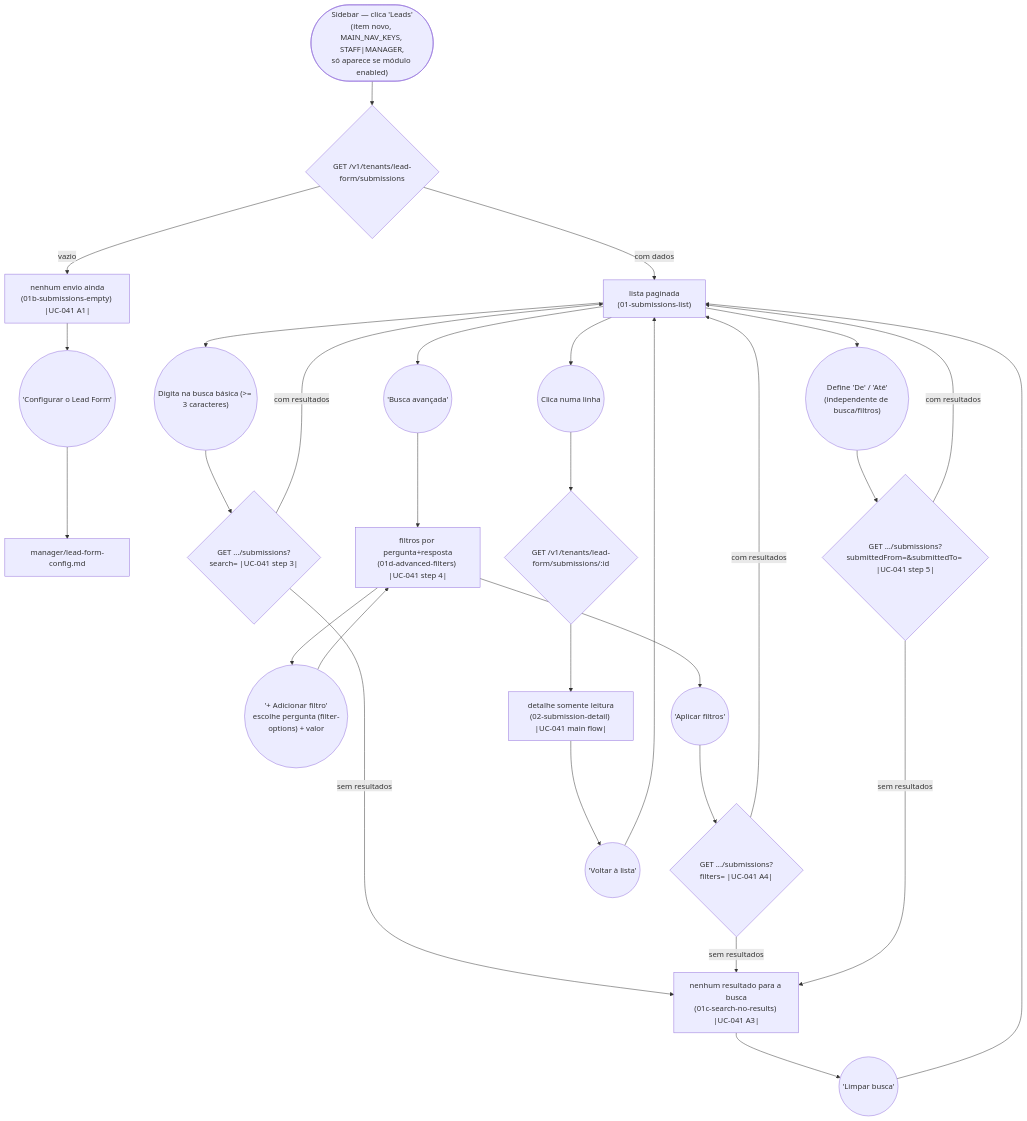
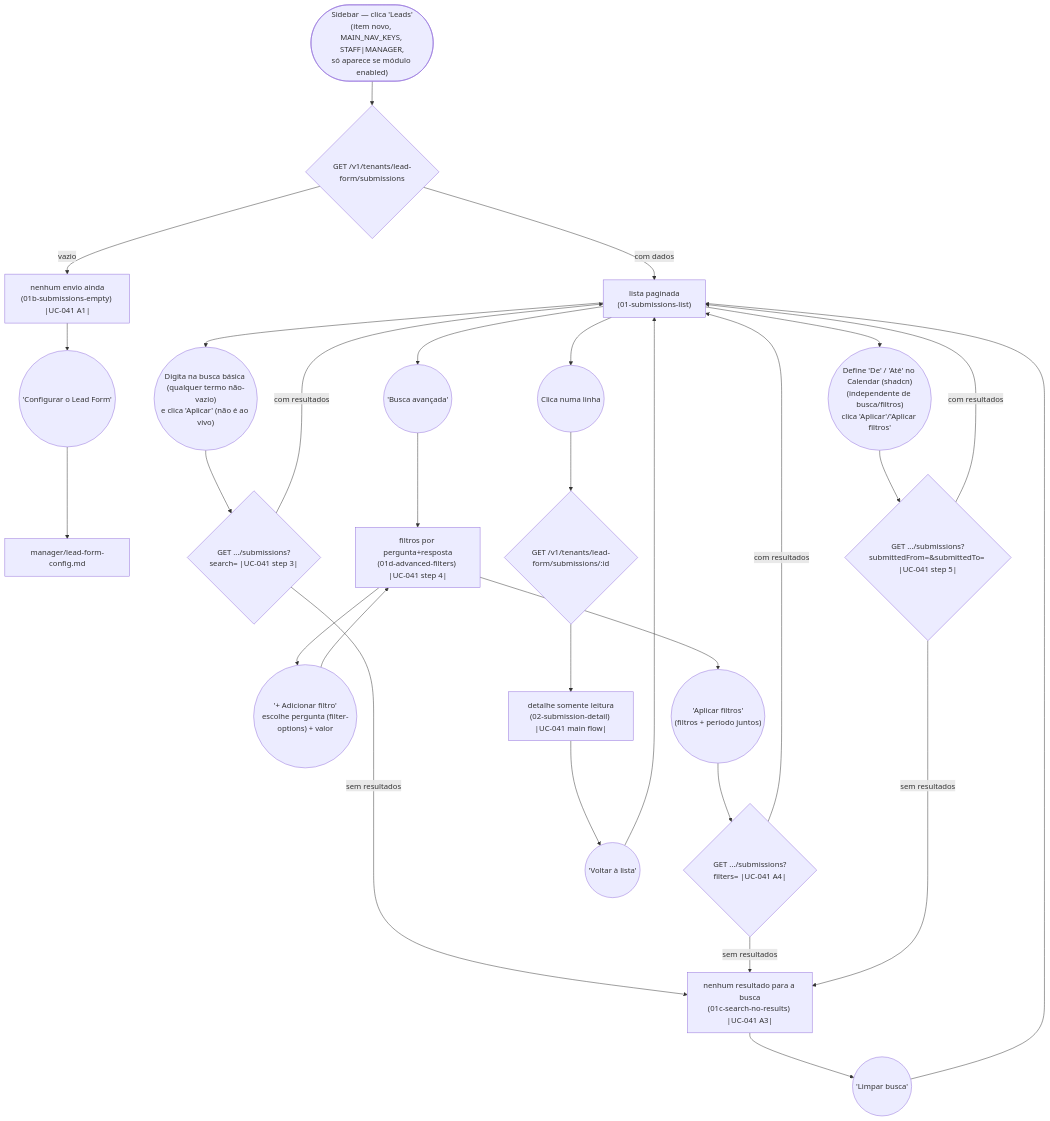
Before and after one commit to lmmoreira/ikaro: the diagram in plan/journey/manager/lead-form-submissions.md, drawn with Mermaid. The commit also changed other lines of this file and 36 other files, not shown here.

````diff
--- a/plan/journey/manager/lead-form-submissions.md
+++ b/plan/journey/manager/lead-form-submissions.md
@@ -12,36 +12,36 @@
 ```mermaid
 flowchart TD
     Start(["Sidebar — clica 'Leads'<br/>(item novo, MAIN_NAV_KEYS, STAFF|MANAGER,<br/>só aparece se módulo enabled)"]) --> List{"GET /v1/tenants/lead-form/submissions"}
     List -- "vazio" --> Empty["nenhum envio ainda<br/>(01b-submissions-empty) |UC-041 A1|"]
     List -- "com dados" --> Submissions["lista paginada<br/>(01-submissions-list)"]
 
     Empty --> ToConfig(("'Configurar o Lead Form'"))
     ToConfig --> ConfigJourney["manager/lead-form-config.md"]
 
-    Submissions --> TypeSearch(("Digita na busca básica (>= 3 caracteres)"))
+    Submissions --> TypeSearch(("Digita na busca básica (qualquer termo não-vazio)<br/>e clica 'Aplicar' (não é ao vivo)"))
     TypeSearch --> SearchQuery{"GET .../submissions?search= |UC-041 step 3|"}
     SearchQuery -- "sem resultados" --> NoResults["nenhum resultado para a busca<br/>(01c-search-no-results) |UC-041 A3|"]
     SearchQuery -- "com resultados" --> Submissions
     NoResults --> ClearSearch(("'Limpar busca'"))
     ClearSearch --> Submissions
 
     Submissions --> OpenAdvanced(("'Busca avançada'"))
     OpenAdvanced --> Advanced["filtros por pergunta+resposta<br/>(01d-advanced-filters) |UC-041 step 4|"]
     Advanced --> AddFilterRow(("'+ Adicionar filtro'<br/>escolhe pergunta (filter-options) + valor"))
     AddFilterRow --> Advanced
-    Advanced --> ApplyFilters(("'Aplicar filtros'"))
+    Advanced --> ApplyFilters(("'Aplicar filtros'<br/>(filtros + período juntos)"))
     ApplyFilters --> FiltersQuery{"GET .../submissions?filters= |UC-041 A4|"}
     FiltersQuery -- "sem resultados" --> NoResults
     FiltersQuery -- "com resultados" --> Submissions
 
-    Submissions --> SetDateRange(("Define 'De' / 'Até'<br/>(independente de busca/filtros)"))
+    Submissions --> SetDateRange(("Define 'De' / 'Até' no Calendar (shadcn)<br/>(independente de busca/filtros)<br/>clica 'Aplicar'/'Aplicar filtros'"))
     SetDateRange --> DateRangeQuery{"GET .../submissions?submittedFrom=&submittedTo= |UC-041 step 5|"}
     DateRangeQuery -- "sem resultados" --> NoResults
     DateRangeQuery -- "com resultados" --> Submissions
 
     Submissions --> ClickRow(("Clica numa linha"))
     ClickRow --> Detail{"GET /v1/tenants/lead-form/submissions/:id"}
     Detail --> Detail2["detalhe somente leitura<br/>(02-submission-detail) |UC-041 main flow|"]
     Detail2 --> Back(("'Voltar à lista'"))
     Back --> Submissions
 ```
````
